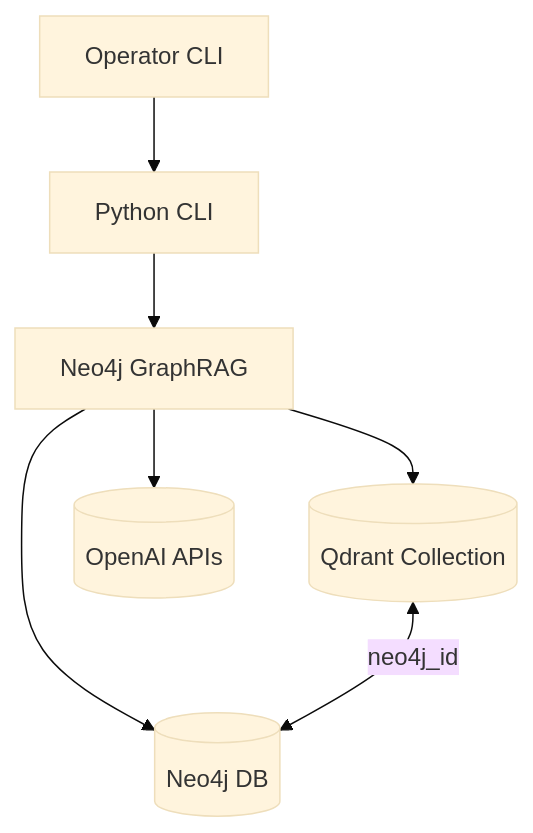
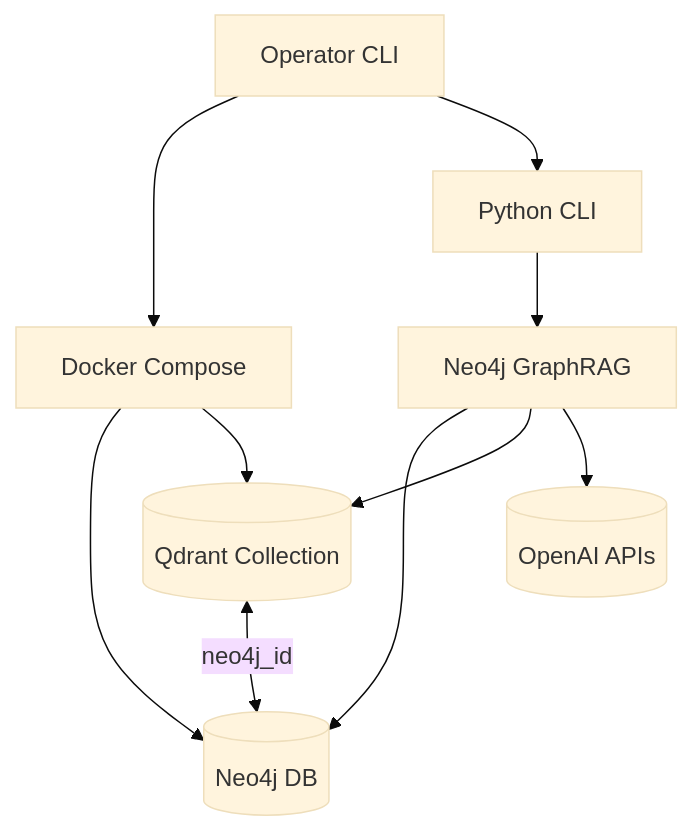
Before and after one commit to DrJLabs/FancyRAG: the diagram in docs/architecture/overview.md, drawn with Mermaid (base theme). The commit also changed other lines of this file and 29 other files, not shown here.

````diff
--- a/docs/architecture/overview.md
+++ b/docs/architecture/overview.md
@@ -23,15 +24,19 @@
 ```mermaid
 graph TD
     Operator[Operator CLI]
+    Compose[Docker Compose]
     CLI[Python CLI]
     GraphRAG[Neo4j GraphRAG]
     Neo4j[(Neo4j DB)]
     Qdrant[(Qdrant Collection)]
     OpenAI[(OpenAI APIs)]
 
+    Operator --> Compose
     Operator --> CLI --> GraphRAG
+    Compose --> Neo4j
+    Compose --> Qdrant
     GraphRAG --> Neo4j
     GraphRAG --> Qdrant
     GraphRAG --> OpenAI
     Qdrant <-->|neo4j_id| Neo4j
 ```
````
